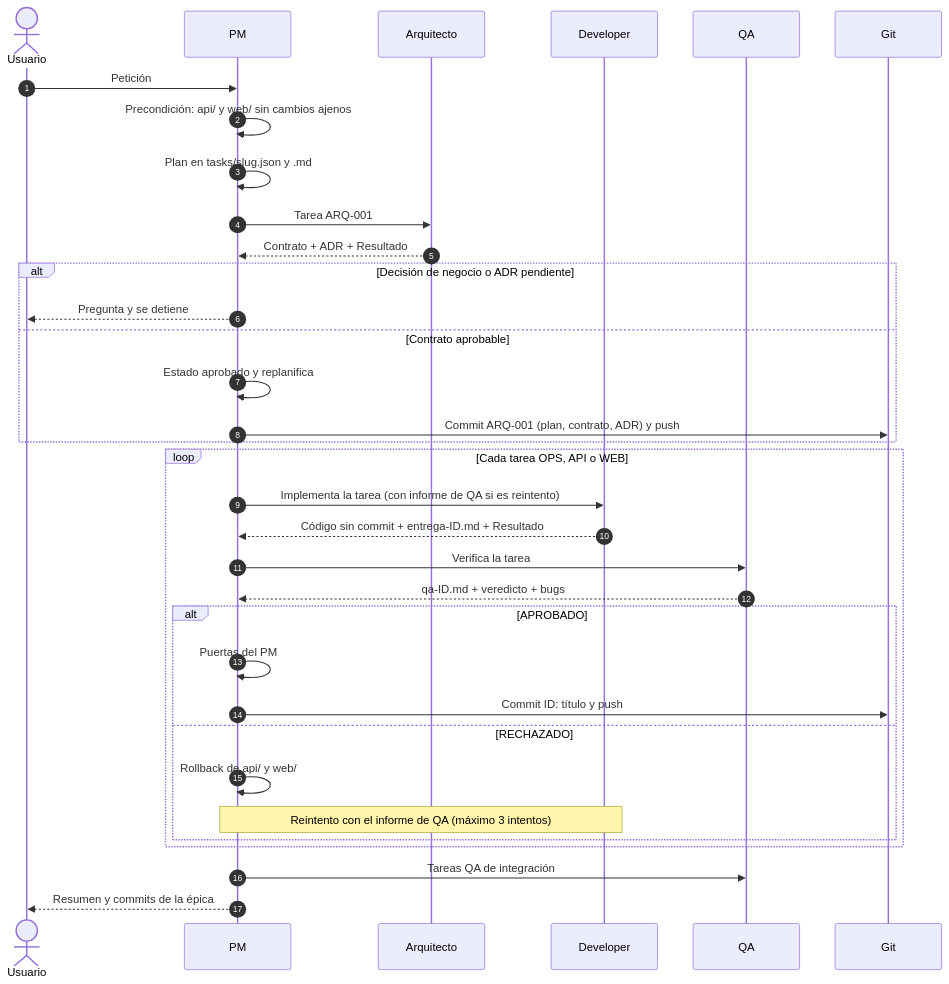
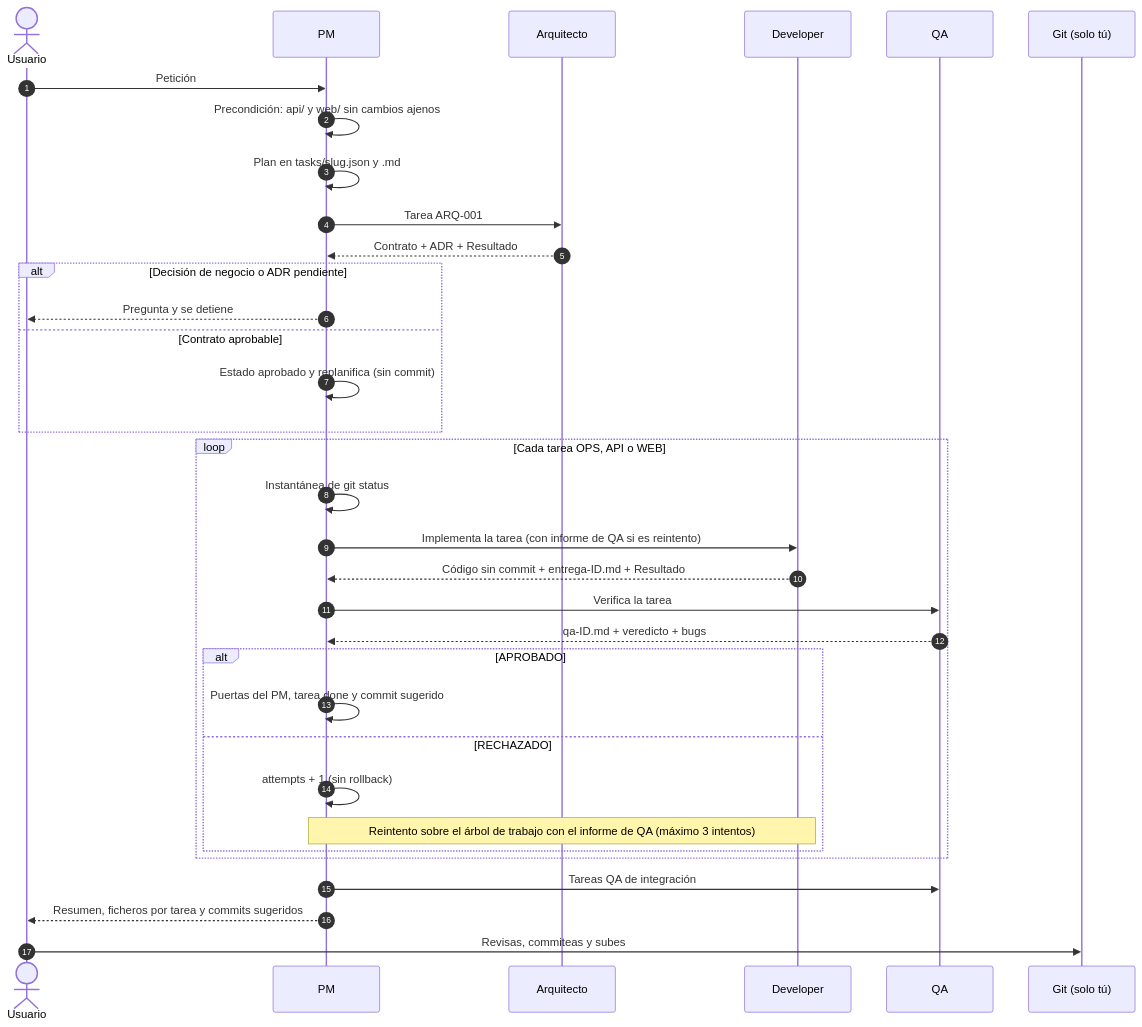
One commit to JordiTurell/GrangesAndreu changed the third of 11 diagrams in flujo-agents.md. Above: the diagram before and after it, drawn with Mermaid. The commit also changed other lines of this file and 13 other files, not shown here.

````diff
--- a/flujo-agents.md
+++ b/flujo-agents.md
@@ -51,37 +52,37 @@
 ```mermaid
 sequenceDiagram
     autonumber
     actor U as Usuario
     participant PM
     participant ARQ as Arquitecto
     participant DEV as Developer
     participant QA
-    participant G as Git
+    participant G as Git (solo tú)
 
     U->>PM: Petición
     PM->>PM: Precondición: api/ y web/ sin cambios ajenos
     PM->>PM: Plan en tasks/slug.json y .md
     PM->>ARQ: Tarea ARQ-001
     ARQ-->>PM: Contrato + ADR + Resultado
     alt Decisión de negocio o ADR pendiente
         PM-->>U: Pregunta y se detiene
     else Contrato aprobable
-        PM->>PM: Estado aprobado y replanifica
-        PM->>G: Commit ARQ-001 (plan, contrato, ADR) y push
+        PM->>PM: Estado aprobado y replanifica (sin commit)
     end
     loop Cada tarea OPS, API o WEB
+        PM->>PM: Instantánea de git status
         PM->>DEV: Implementa la tarea (con informe de QA si es reintento)
         DEV-->>PM: Código sin commit + entrega-ID.md + Resultado
         PM->>QA: Verifica la tarea
         QA-->>PM: qa-ID.md + veredicto + bugs
         alt APROBADO
-            PM->>PM: Puertas del PM
-            PM->>G: Commit ID: título y push
+            PM->>PM: Puertas del PM, tarea done y commit sugerido
         else RECHAZADO
-            PM->>PM: Rollback de api/ y web/
-            Note over PM,DEV: Reintento con el informe de QA (máximo 3 intentos)
+            PM->>PM: attempts + 1 (sin rollback)
+            Note over PM,DEV: Reintento sobre el árbol de trabajo con el informe de QA (máximo 3 intentos)
         end
     end
     PM->>QA: Tareas QA de integración
-    PM-->>U: Resumen y commits de la épica
+    PM-->>U: Resumen, ficheros por tarea y commits sugeridos
+    U->>G: Revisas, commiteas y subes
 ```
````
